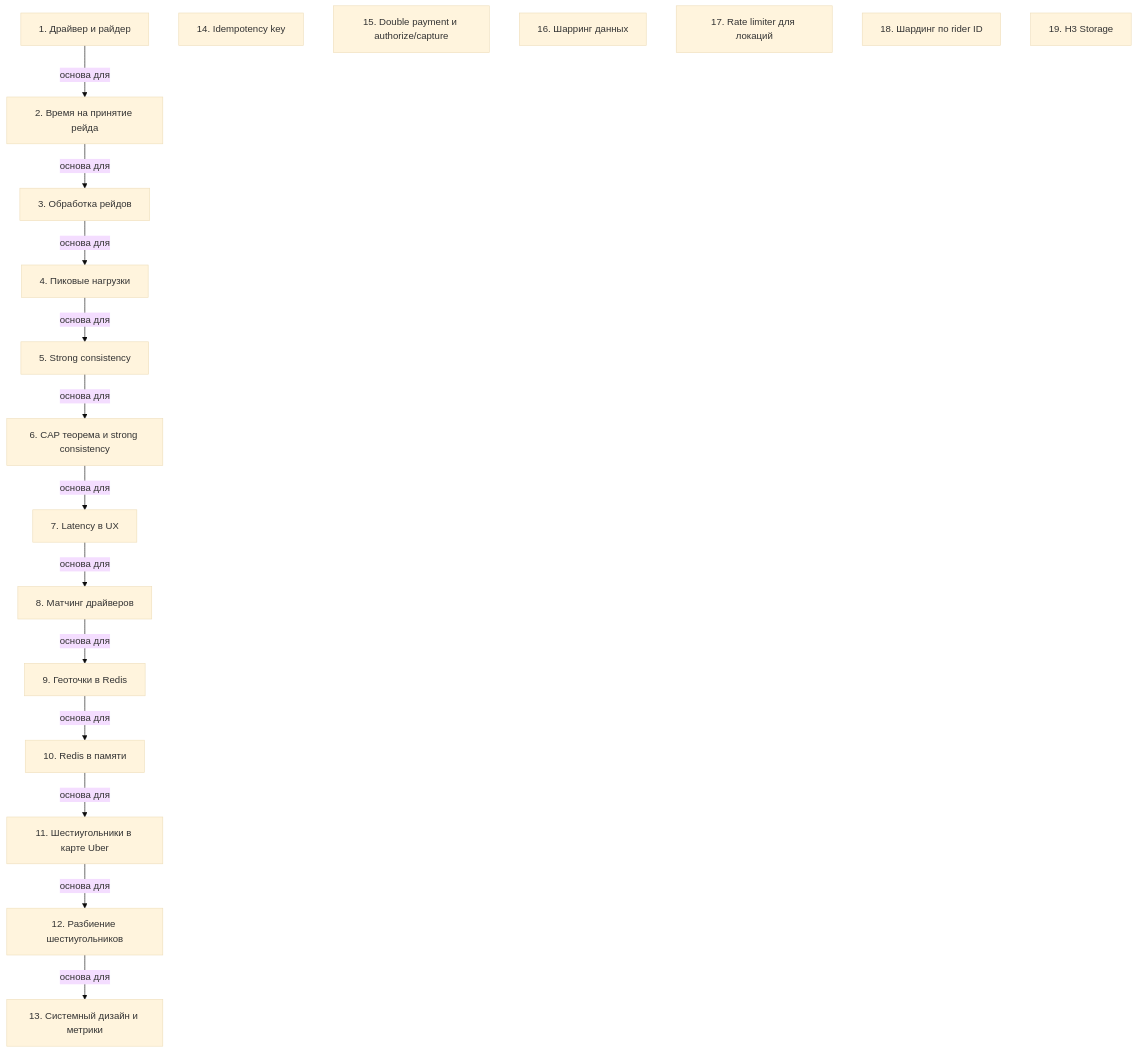
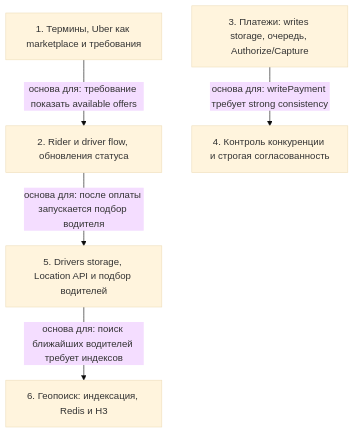
The diagram in SSL.BAND Систем Дизайн/08 - Семинары — uber_system_design/notes.md (AsoloCode/notes), drawn with Mermaid (base theme) before and after one commit. The commit also changed other lines of this file and 391 other files, not shown here.

````diff
--- a/SSL.BAND Систем Дизайн/08 - Семинары — uber_system_design/notes.md
+++ b/SSL.BAND Систем Дизайн/08 - Семинары — uber_system_design/notes.md
@@ -186,34 +144,13 @@
 ```mermaid
 flowchart TD
-    n1["1. Драйвер и райдер"]
-    n2["2. Время на принятие рейда"]
-    n3["3. Обработка рейдов"]
-    n4["4. Пиковые нагрузки"]
-    n5["5. Strong consistency"]
-    n6["6. CAP теорема и strong consistency"]
-    n7["7. Latency в UX"]
-    n8["8. Матчинг драйверов"]
-    n9["9. Геоточки в Redis"]
-    n10["10. Redis в памяти"]
-    n11["11. Шестиугольники в карте Uber"]
-    n12["12. Разбиение шестиугольников"]
-    n13["13. Системный дизайн и метрики"]
-    n14["14. Idempotency key"]
-    n15["15. Double payment и authorize/capture"]
-    n16["16. Шарринг данных"]
-    n17["17. Rate limiter для локаций"]
-    n18["18. Шардинг по rider ID"]
-    n19["19. H3 Storage"]
-    n1 -->|основа для| n2
-    n2 -->|основа для| n3
-    n3 -->|основа для| n4
-    n4 -->|основа для| n5
-    n5 -->|основа для| n6
-    n6 -->|основа для| n7
-    n7 -->|основа для| n8
-    n8 -->|основа для| n9
-    n9 -->|основа для| n10
-    n10 -->|основа для| n11
-    n11 -->|основа для| n12
-    n12 -->|основа для| n13
+    n1["1. Термины, Uber как marketplace и требования"]
+    n2["2. Rider и driver flow, обновления статуса"]
+    n3["3. Платежи: writes storage, очередь, Authorize/Capture"]
+    n4["4. Контроль конкуренции и строгая согласованность"]
+    n5["5. Drivers storage, Location API и подбор водителей"]
+    n6["6. Геопоиск: индексация, Redis и H3"]
+    n1 -->|основа для: требование показать available offers| n2
+    n3 -->|основа для: writePayment требует strong consistency| n4
+    n2 -->|основа для: после оплаты запускается подбор водителя| n5
+    n5 -->|основа для: поиск ближайших водителей требует индексов| n6
 ```
````
